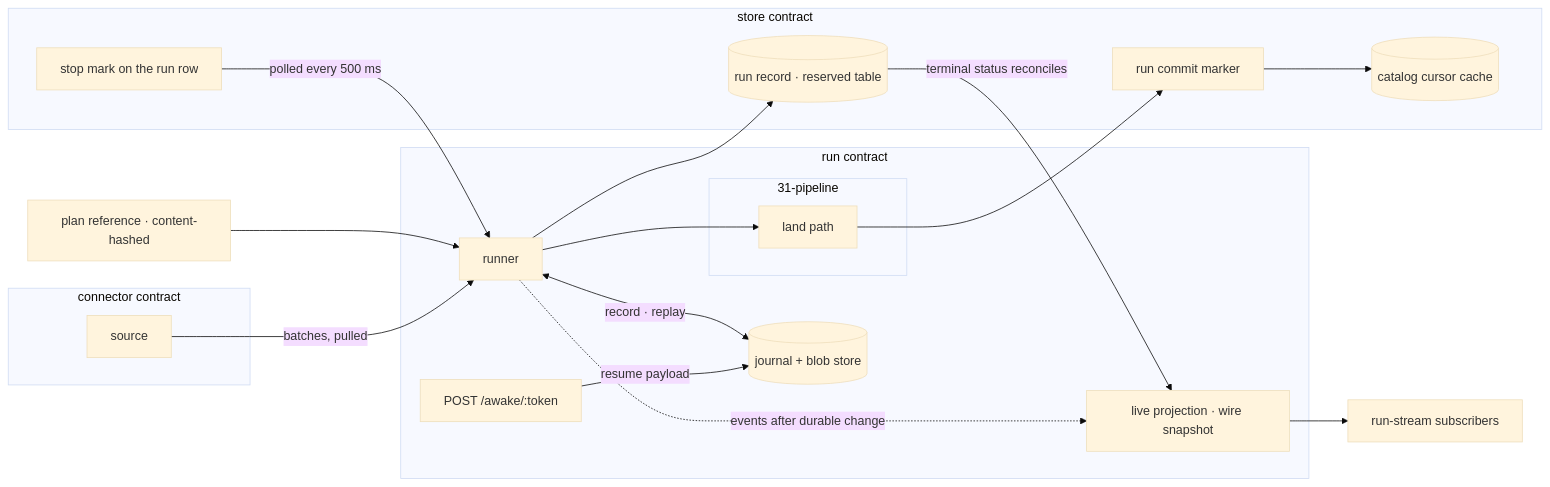
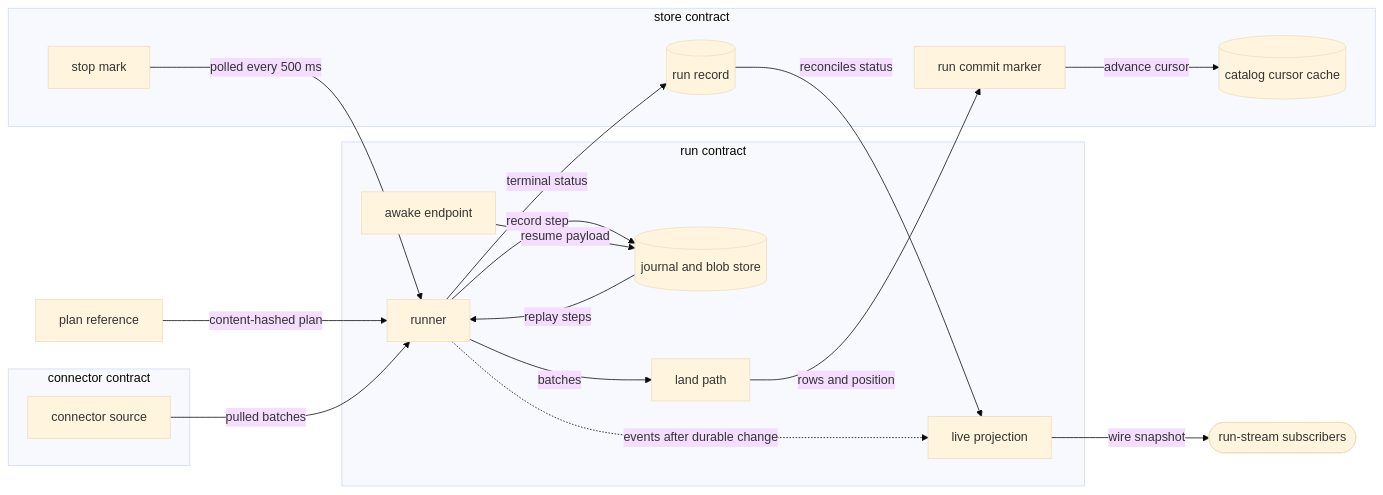
One commit to fractalboxdev/contextful changed the first of 6 diagrams in spec/30-run.md. Above: the diagram before and after it, drawn with Mermaid (base theme). The commit also changed other lines of this file and 44 other files, not shown here.

First line of the commit message:
spec: diagrams draw entities and flows, and the checker enforces it (#12)

````diff
--- a/spec/30-run.md
+++ b/spec/30-run.md
@@ -23,33 +23,32 @@
 ```mermaid
 flowchart LR
-  PLAN["plan reference · content-hashed"] --> RUN
+  PLAN["plan reference"] -->|"content-hashed plan"| RUN
   subgraph CONN["connector contract"]
-    SRC["source"]
+    SRC["connector source"]
   end
   subgraph RUNC["run contract"]
     RUN["runner"]
-    J[("journal + blob store")]
-    AW["POST /awake/:token"]
-    HUB["live projection · wire snapshot"]
-    subgraph PIPE["31-pipeline"]
-      LAND["land path"]
-    end
+    J[("journal and blob store")]
+    AW["awake endpoint"]
+    HUB["live projection"]
+    LAND["land path"]
   end
   subgraph STORE["store contract"]
     MARK["run commit marker"]
     CUR[("catalog cursor cache")]
-    STOP["stop mark on the run row"]
-    REC[("run record · reserved table")]
+    STOP["stop mark"]
+    REC[("run record")]
   end
-  SRC -->|"batches, pulled"| RUN
-  RUN <-->|"record · replay"| J
+  SRC -->|"pulled batches"| RUN
+  RUN -->|"record step"| J
+  J -->|"replay steps"| RUN
   AW -->|"resume payload"| J
-  RUN --> LAND
-  LAND --> MARK
-  MARK --> CUR
+  RUN -->|"batches"| LAND
+  LAND -->|"rows and position"| MARK
+  MARK -->|"advance cursor"| CUR
   STOP -->|"polled every 500 ms"| RUN
-  RUN --> REC
-  RUN -. "events after durable change" .-> HUB
-  REC -->|"terminal status reconciles"| HUB
-  HUB --> SUB["run-stream subscribers"]
+  RUN -->|"terminal status"| REC
+  RUN -.->|"events after durable change"| HUB
+  REC -->|"reconciles status"| HUB
+  HUB -->|"wire snapshot"| SUB(["run-stream subscribers"])
 ```
````
